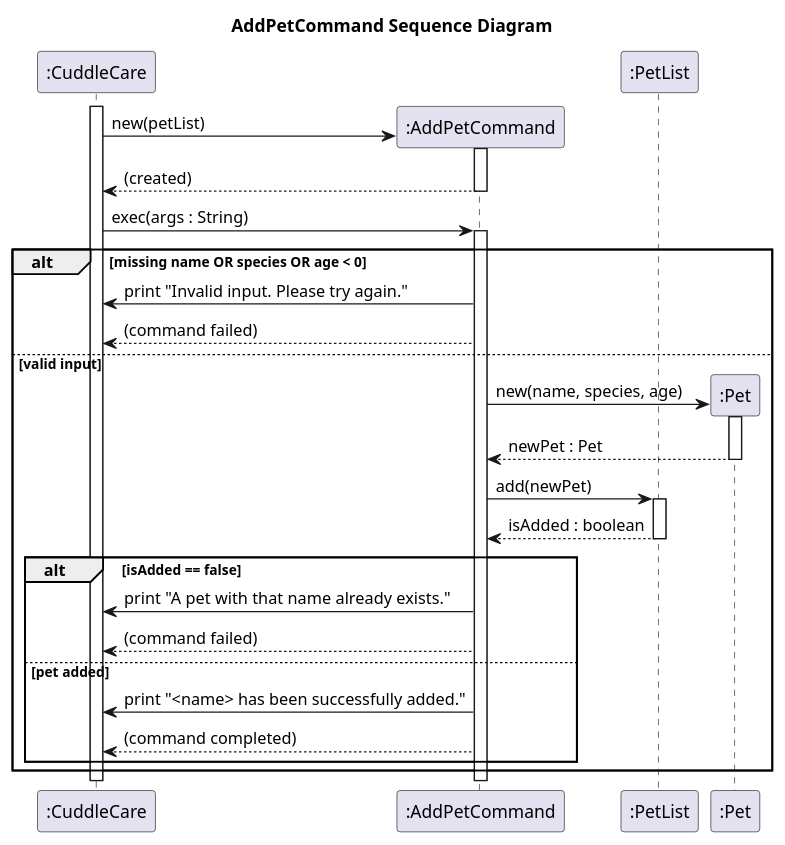
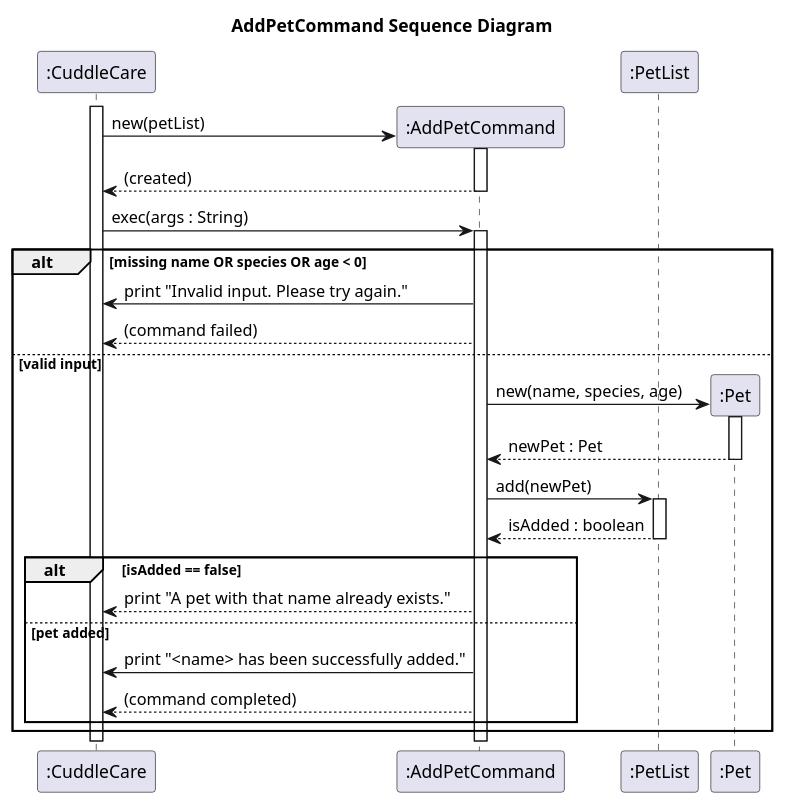
One commit to Kevin88866/tp changed the diagram in docs/uml/AddPetCommandSequenceDiagram.puml. Above: the diagram before and after it, drawn with PlantUML. The commit also changed 1 other file, not shown here.

Commit message:
Fix command failed message in add-pet diagram

```diff
--- a/docs/uml/AddPetCommandSequenceDiagram.puml
+++ b/docs/uml/AddPetCommandSequenceDiagram.puml
@@ -1,47 +1,46 @@
 @startuml
 title AddPetCommand Sequence Diagram
 
 participant ":CuddleCare" as CuddleCare
 participant ":AddPetCommand" as AddPetCommand
 participant ":PetList" as PetList
 participant ":Pet" as Pet
 
 activate CuddleCare
 
 ' Constructor
 CuddleCare -> AddPetCommand** : new(petList)
 activate AddPetCommand
 return (created)
 
 ' Exec Method
 CuddleCare -> AddPetCommand : exec(args : String)
 activate AddPetCommand
 
 ' Invalid input case
 alt missing name OR species OR age < 0
     AddPetCommand -> CuddleCare : print "Invalid input. Please try again."
     AddPetCommand --> CuddleCare : (command failed)
 
 else valid input
     ' Create Pet object
     AddPetCommand -> Pet** : new(name, species, age)
     activate Pet
     return newPet : Pet
 
     ' Add to PetList
     AddPetCommand -> PetList : add(newPet)
     activate PetList
     return isAdded : boolean
 
     ' Duplicate pet case
     alt isAdded == false
-        AddPetCommand -> CuddleCare : print "A pet with that name already exists."
-        AddPetCommand --> CuddleCare : (command failed)
+        AddPetCommand --> CuddleCare : print "A pet with that name already exists."
 
     else pet added
         AddPetCommand -> CuddleCare : print "<name> has been successfully added."
         AddPetCommand --> CuddleCare : (command completed)
     end
 end
 
 @enduml
```
